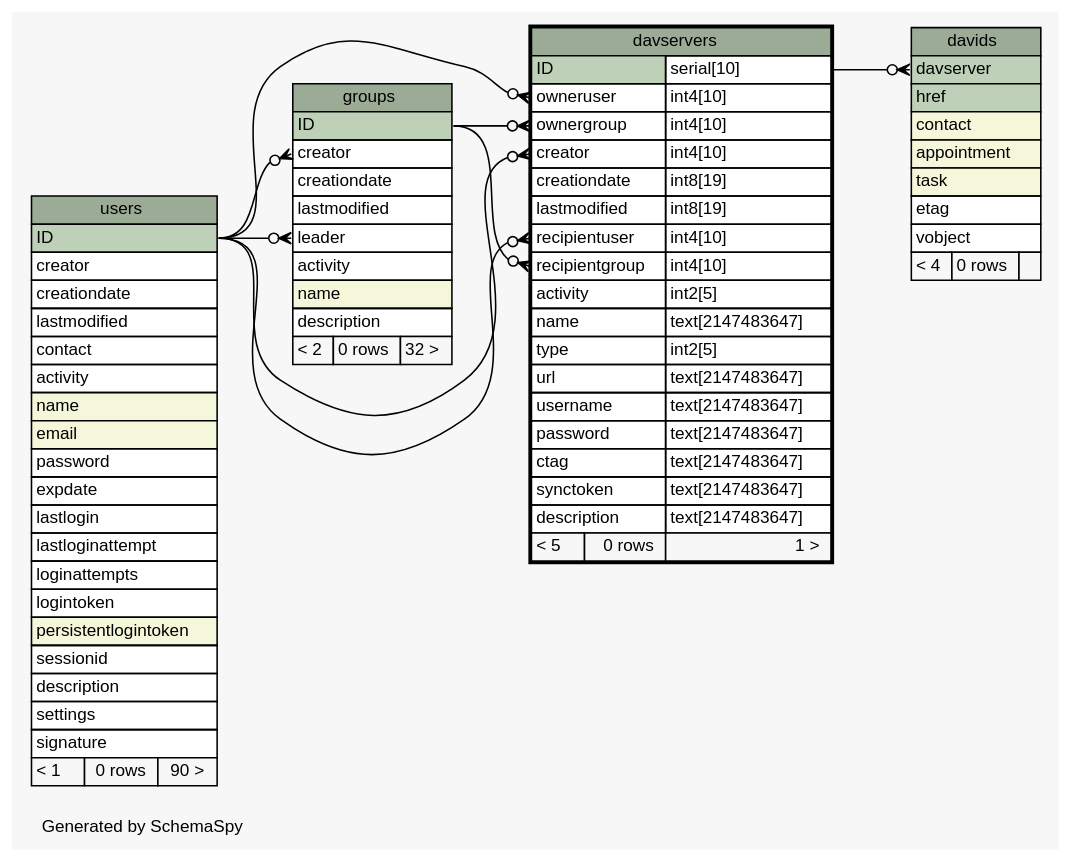
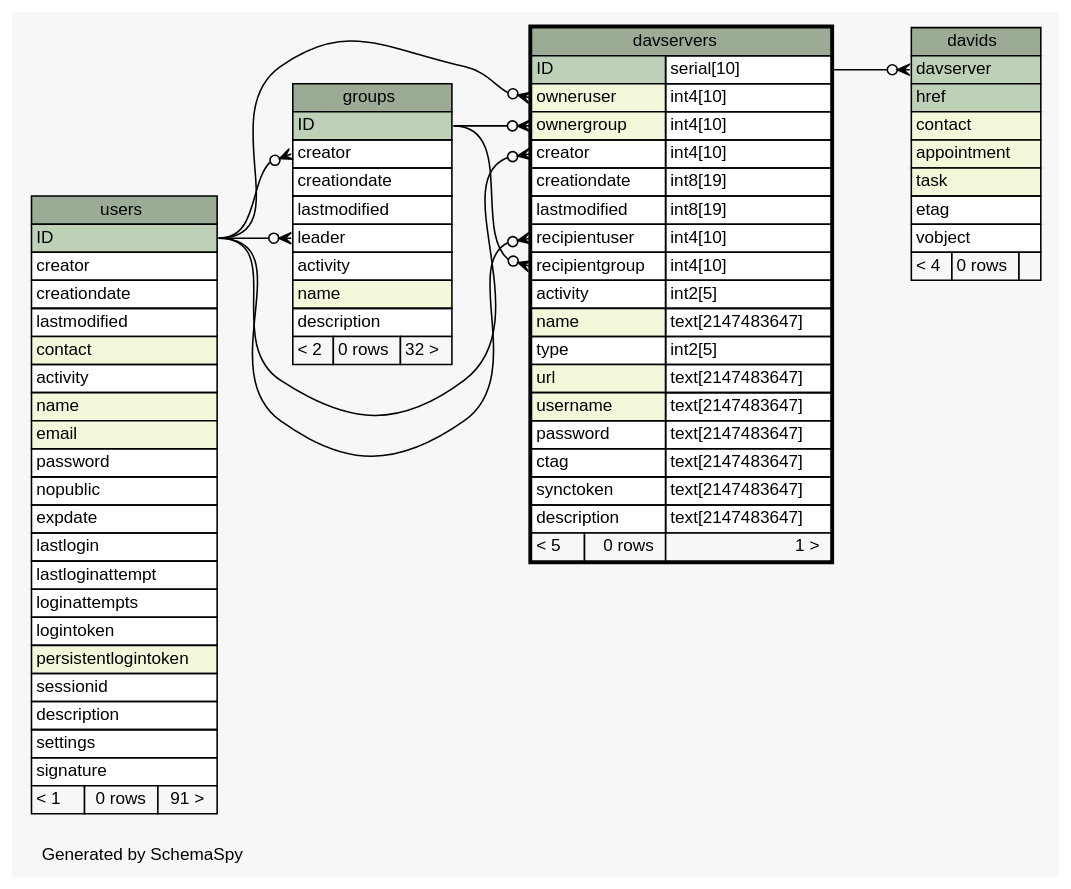
One commit to zeyosinc/zeyos-schema changed the diagram in diagrams/davservers.1degree.dot. Above: the diagram before and after it, drawn with Graphviz. The commit also changed 313 other files, not shown here.

```diff
--- a/diagrams/davservers.1degree.dot
+++ b/diagrams/davservers.1degree.dot
@@ -1,117 +1,118 @@
-// dot 2.38.0 on Mac OS X 10.11.3
+// dot 2.38.0 on Mac OS X 10.11.4
 // SchemaSpy rev 590
 digraph "oneDegreeRelationshipsDiagram" {
   graph [
     rankdir="RL"
     bgcolor="#f7f7f7"
     label="\nGenerated by SchemaSpy"
     labeljust="l"
     nodesep="0.18"
     ranksep="0.46"
     fontname="Helvetica"
     fontsize="11"
   ];
   node [
     fontname="Helvetica"
     fontsize="11"
     shape="plaintext"
   ];
   edge [
     arrowsize="0.8"
   ];
   "davids":"davserver":w -> "davservers":"ID.type":e [arrowhead=none dir=back arrowtail=crowodot];
   "davservers":"creator":w -> "users":"ID":e [arrowhead=none dir=back arrowtail=crowodot];
   "davservers":"ownergroup":w -> "groups":"ID":e [arrowhead=none dir=back arrowtail=crowodot];
   "davservers":"owneruser":w -> "users":"ID":e [arrowhead=none dir=back arrowtail=crowodot];
   "davservers":"recipientgroup":w -> "groups":"ID":e [arrowhead=none dir=back arrowtail=crowodot];
   "davservers":"recipientuser":w -> "users":"ID":e [arrowhead=none dir=back arrowtail=crowodot];
   "groups":"creator":w -> "users":"ID":e [arrowhead=none dir=back arrowtail=crowodot];
   "groups":"leader":w -> "users":"ID":e [arrowhead=none dir=back arrowtail=crowodot];
   "davids" [
     label=<
     <TABLE BORDER="0" CELLBORDER="1" CELLSPACING="0" BGCOLOR="#ffffff">
       <TR><TD COLSPAN="3" BGCOLOR="#9bab96" ALIGN="CENTER">davids</TD></TR>
       <TR><TD PORT="davserver" COLSPAN="3" BGCOLOR="#bed1b8" ALIGN="LEFT">davserver</TD></TR>
       <TR><TD PORT="href" COLSPAN="3" BGCOLOR="#bed1b8" ALIGN="LEFT">href</TD></TR>
       <TR><TD PORT="contact" COLSPAN="3" BGCOLOR="#f4f7da" ALIGN="LEFT">contact</TD></TR>
       <TR><TD PORT="appointment" COLSPAN="3" BGCOLOR="#f4f7da" ALIGN="LEFT">appointment</TD></TR>
       <TR><TD PORT="task" COLSPAN="3" BGCOLOR="#f4f7da" ALIGN="LEFT">task</TD></TR>
       <TR><TD PORT="etag" COLSPAN="3" ALIGN="LEFT">etag</TD></TR>
       <TR><TD PORT="vobject" COLSPAN="3" ALIGN="LEFT">vobject</TD></TR>
       <TR><TD ALIGN="LEFT" BGCOLOR="#f7f7f7">&lt; 4</TD><TD ALIGN="RIGHT" BGCOLOR="#f7f7f7">0 rows</TD><TD ALIGN="RIGHT" BGCOLOR="#f7f7f7">  </TD></TR>
     </TABLE>>
     URL="davids.html"
     tooltip="davids"
   ];
   "davservers" [
     label=<
     <TABLE BORDER="2" CELLBORDER="1" CELLSPACING="0" BGCOLOR="#ffffff">
       <TR><TD COLSPAN="3" BGCOLOR="#9bab96" ALIGN="CENTER">davservers</TD></TR>
       <TR><TD PORT="ID" COLSPAN="2" BGCOLOR="#bed1b8" ALIGN="LEFT">ID</TD><TD PORT="ID.type" ALIGN="LEFT">serial[10]</TD></TR>
-      <TR><TD PORT="owneruser" COLSPAN="2" ALIGN="LEFT">owneruser</TD><TD PORT="owneruser.type" ALIGN="LEFT">int4[10]</TD></TR>
-      <TR><TD PORT="ownergroup" COLSPAN="2" ALIGN="LEFT">ownergroup</TD><TD PORT="ownergroup.type" ALIGN="LEFT">int4[10]</TD></TR>
+      <TR><TD PORT="owneruser" COLSPAN="2" BGCOLOR="#f4f7da" ALIGN="LEFT">owneruser</TD><TD PORT="owneruser.type" ALIGN="LEFT">int4[10]</TD></TR>
+      <TR><TD PORT="ownergroup" COLSPAN="2" BGCOLOR="#f4f7da" ALIGN="LEFT">ownergroup</TD><TD PORT="ownergroup.type" ALIGN="LEFT">int4[10]</TD></TR>
       <TR><TD PORT="creator" COLSPAN="2" ALIGN="LEFT">creator</TD><TD PORT="creator.type" ALIGN="LEFT">int4[10]</TD></TR>
       <TR><TD PORT="creationdate" COLSPAN="2" ALIGN="LEFT">creationdate</TD><TD PORT="creationdate.type" ALIGN="LEFT">int8[19]</TD></TR>
       <TR><TD PORT="lastmodified" COLSPAN="2" ALIGN="LEFT">lastmodified</TD><TD PORT="lastmodified.type" ALIGN="LEFT">int8[19]</TD></TR>
       <TR><TD PORT="recipientuser" COLSPAN="2" ALIGN="LEFT">recipientuser</TD><TD PORT="recipientuser.type" ALIGN="LEFT">int4[10]</TD></TR>
       <TR><TD PORT="recipientgroup" COLSPAN="2" ALIGN="LEFT">recipientgroup</TD><TD PORT="recipientgroup.type" ALIGN="LEFT">int4[10]</TD></TR>
       <TR><TD PORT="activity" COLSPAN="2" ALIGN="LEFT">activity</TD><TD PORT="activity.type" ALIGN="LEFT">int2[5]</TD></TR>
-      <TR><TD PORT="name" COLSPAN="2" ALIGN="LEFT">name</TD><TD PORT="name.type" ALIGN="LEFT">text[2147483647]</TD></TR>
+      <TR><TD PORT="name" COLSPAN="2" BGCOLOR="#f4f7da" ALIGN="LEFT">name</TD><TD PORT="name.type" ALIGN="LEFT">text[2147483647]</TD></TR>
       <TR><TD PORT="type" COLSPAN="2" ALIGN="LEFT">type</TD><TD PORT="type.type" ALIGN="LEFT">int2[5]</TD></TR>
-      <TR><TD PORT="url" COLSPAN="2" ALIGN="LEFT">url</TD><TD PORT="url.type" ALIGN="LEFT">text[2147483647]</TD></TR>
-      <TR><TD PORT="username" COLSPAN="2" ALIGN="LEFT">username</TD><TD PORT="username.type" ALIGN="LEFT">text[2147483647]</TD></TR>
+      <TR><TD PORT="url" COLSPAN="2" BGCOLOR="#f4f7da" ALIGN="LEFT">url</TD><TD PORT="url.type" ALIGN="LEFT">text[2147483647]</TD></TR>
+      <TR><TD PORT="username" COLSPAN="2" BGCOLOR="#f4f7da" ALIGN="LEFT">username</TD><TD PORT="username.type" ALIGN="LEFT">text[2147483647]</TD></TR>
       <TR><TD PORT="password" COLSPAN="2" ALIGN="LEFT">password</TD><TD PORT="password.type" ALIGN="LEFT">text[2147483647]</TD></TR>
       <TR><TD PORT="ctag" COLSPAN="2" ALIGN="LEFT">ctag</TD><TD PORT="ctag.type" ALIGN="LEFT">text[2147483647]</TD></TR>
       <TR><TD PORT="synctoken" COLSPAN="2" ALIGN="LEFT">synctoken</TD><TD PORT="synctoken.type" ALIGN="LEFT">text[2147483647]</TD></TR>
       <TR><TD PORT="description" COLSPAN="2" ALIGN="LEFT">description</TD><TD PORT="description.type" ALIGN="LEFT">text[2147483647]</TD></TR>
       <TR><TD ALIGN="LEFT" BGCOLOR="#f7f7f7">&lt; 5</TD><TD ALIGN="RIGHT" BGCOLOR="#f7f7f7">0 rows</TD><TD ALIGN="RIGHT" BGCOLOR="#f7f7f7">1 &gt;</TD></TR>
     </TABLE>>
     URL="davservers.html"
     tooltip="davservers"
   ];
   "groups" [
     label=<
     <TABLE BORDER="0" CELLBORDER="1" CELLSPACING="0" BGCOLOR="#ffffff">
       <TR><TD COLSPAN="3" BGCOLOR="#9bab96" ALIGN="CENTER">groups</TD></TR>
       <TR><TD PORT="ID" COLSPAN="3" BGCOLOR="#bed1b8" ALIGN="LEFT">ID</TD></TR>
       <TR><TD PORT="creator" COLSPAN="3" ALIGN="LEFT">creator</TD></TR>
       <TR><TD PORT="creationdate" COLSPAN="3" ALIGN="LEFT">creationdate</TD></TR>
       <TR><TD PORT="lastmodified" COLSPAN="3" ALIGN="LEFT">lastmodified</TD></TR>
       <TR><TD PORT="leader" COLSPAN="3" ALIGN="LEFT">leader</TD></TR>
       <TR><TD PORT="activity" COLSPAN="3" ALIGN="LEFT">activity</TD></TR>
       <TR><TD PORT="name" COLSPAN="3" BGCOLOR="#f4f7da" ALIGN="LEFT">name</TD></TR>
       <TR><TD PORT="description" COLSPAN="3" ALIGN="LEFT">description</TD></TR>
       <TR><TD ALIGN="LEFT" BGCOLOR="#f7f7f7">&lt; 2</TD><TD ALIGN="RIGHT" BGCOLOR="#f7f7f7">0 rows</TD><TD ALIGN="RIGHT" BGCOLOR="#f7f7f7">32 &gt;</TD></TR>
     </TABLE>>
     URL="groups.html"
     tooltip="groups"
   ];
   "users" [
     label=<
     <TABLE BORDER="0" CELLBORDER="1" CELLSPACING="0" BGCOLOR="#ffffff">
       <TR><TD COLSPAN="3" BGCOLOR="#9bab96" ALIGN="CENTER">users</TD></TR>
       <TR><TD PORT="ID" COLSPAN="3" BGCOLOR="#bed1b8" ALIGN="LEFT">ID</TD></TR>
       <TR><TD PORT="creator" COLSPAN="3" ALIGN="LEFT">creator</TD></TR>
       <TR><TD PORT="creationdate" COLSPAN="3" ALIGN="LEFT">creationdate</TD></TR>
       <TR><TD PORT="lastmodified" COLSPAN="3" ALIGN="LEFT">lastmodified</TD></TR>
-      <TR><TD PORT="contact" COLSPAN="3" ALIGN="LEFT">contact</TD></TR>
+      <TR><TD PORT="contact" COLSPAN="3" BGCOLOR="#f4f7da" ALIGN="LEFT">contact</TD></TR>
       <TR><TD PORT="activity" COLSPAN="3" ALIGN="LEFT">activity</TD></TR>
       <TR><TD PORT="name" COLSPAN="3" BGCOLOR="#f4f7da" ALIGN="LEFT">name</TD></TR>
       <TR><TD PORT="email" COLSPAN="3" BGCOLOR="#f4f7da" ALIGN="LEFT">email</TD></TR>
       <TR><TD PORT="password" COLSPAN="3" ALIGN="LEFT">password</TD></TR>
+      <TR><TD PORT="nopublic" COLSPAN="3" ALIGN="LEFT">nopublic</TD></TR>
       <TR><TD PORT="expdate" COLSPAN="3" ALIGN="LEFT">expdate</TD></TR>
       <TR><TD PORT="lastlogin" COLSPAN="3" ALIGN="LEFT">lastlogin</TD></TR>
       <TR><TD PORT="lastloginattempt" COLSPAN="3" ALIGN="LEFT">lastloginattempt</TD></TR>
       <TR><TD PORT="loginattempts" COLSPAN="3" ALIGN="LEFT">loginattempts</TD></TR>
       <TR><TD PORT="logintoken" COLSPAN="3" ALIGN="LEFT">logintoken</TD></TR>
       <TR><TD PORT="persistentlogintoken" COLSPAN="3" BGCOLOR="#f4f7da" ALIGN="LEFT">persistentlogintoken</TD></TR>
       <TR><TD PORT="sessionid" COLSPAN="3" ALIGN="LEFT">sessionid</TD></TR>
       <TR><TD PORT="description" COLSPAN="3" ALIGN="LEFT">description</TD></TR>
       <TR><TD PORT="settings" COLSPAN="3" ALIGN="LEFT">settings</TD></TR>
       <TR><TD PORT="signature" COLSPAN="3" ALIGN="LEFT">signature</TD></TR>
-      <TR><TD ALIGN="LEFT" BGCOLOR="#f7f7f7">&lt; 1</TD><TD ALIGN="RIGHT" BGCOLOR="#f7f7f7">0 rows</TD><TD ALIGN="RIGHT" BGCOLOR="#f7f7f7">90 &gt;</TD></TR>
+      <TR><TD ALIGN="LEFT" BGCOLOR="#f7f7f7">&lt; 1</TD><TD ALIGN="RIGHT" BGCOLOR="#f7f7f7">0 rows</TD><TD ALIGN="RIGHT" BGCOLOR="#f7f7f7">91 &gt;</TD></TR>
     </TABLE>>
     URL="users.html"
     tooltip="users"
   ];
 }
```
